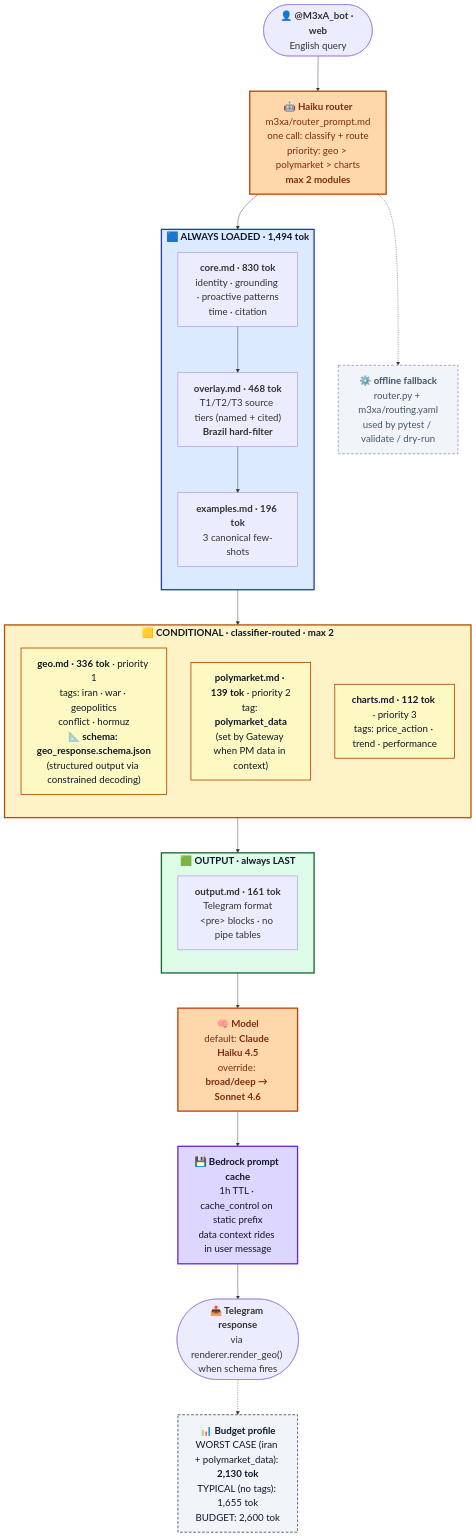
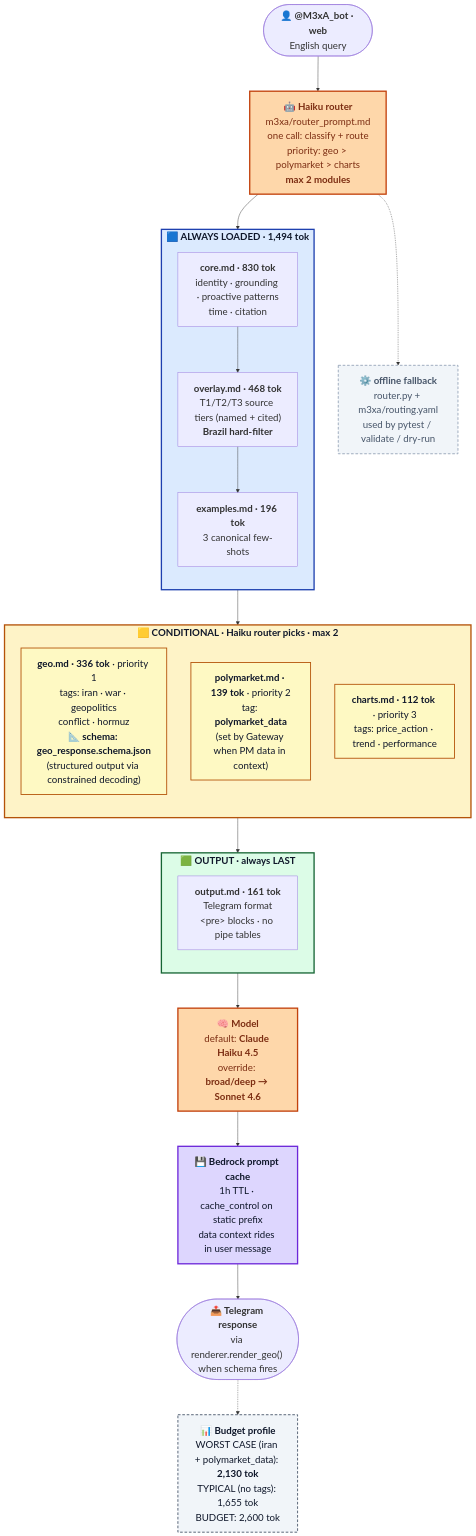
One commit to prcodex/version3- changed the second of 3 diagrams in README.md. Above: the diagram before and after it, drawn with Mermaid. The commit also changed other lines of this file, not shown here.

First line of the commit message:
README: fix stale "classifier-routed" labels post Haiku-router flip

````diff
--- a/README.md
+++ b/README.md
@@ -112,58 +112,58 @@
 ```mermaid
 %%{init: {'theme': 'default', 'themeVariables': {'fontSize': '22px', 'fontFamily': 'Inter, system-ui, -apple-system, sans-serif'}, 'flowchart': {'htmlLabels': true, 'curve': 'basis', 'nodeSpacing': 55, 'rankSpacing': 80, 'padding': 18}}}%%
 flowchart TB
     BOT(["<b>👤 @M3xA_bot · web</b><br/>English query"]) --> RTR["<b>🤖 Haiku router</b><br/>m3xa/router_prompt.md<br/>one call: classify + route<br/>priority: geo &gt; polymarket &gt; charts<br/><b>max 2 modules</b>"]
     RTR -.-> FALL["<b>⚙️ offline fallback</b><br/>router.py + m3xa/routing.yaml<br/>used by pytest / validate / dry-run"]
 
     subgraph ALWAYS["<b>🟦 ALWAYS LOADED · 1,494 tok</b>"]
         direction TB
         A1["<b>core.md · 830 tok</b><br/>identity · grounding · proactive patterns<br/>time · citation"]
         A2["<b>overlay.md · 468 tok</b><br/>T1/T2/T3 source tiers (named + cited)<br/><b>Brazil hard-filter</b>"]
         A3["<b>examples.md · 196 tok</b><br/>3 canonical few-shots"]
         A1 --> A2 --> A3
     end
 
-    subgraph COND["<b>🟨 CONDITIONAL · classifier-routed · max 2</b>"]
+    subgraph COND["<b>🟨 CONDITIONAL · Haiku router picks · max 2</b>"]
         direction TB
         G["<b>geo.md · 336 tok</b> · priority 1<br/>tags: iran · war · geopolitics<br/>conflict · hormuz<br/><b>📐 schema: geo_response.schema.json</b><br/>(structured output via constrained decoding)"]
         P["<b>polymarket.md · 139 tok</b> · priority 2<br/>tag: <b>polymarket_data</b><br/>(set by Gateway when PM data in context)"]
         CH["<b>charts.md · 112 tok</b> · priority 3<br/>tags: price_action · trend · performance"]
     end
 
     subgraph OUTBLK["<b>🟩 OUTPUT · always LAST</b>"]
         direction TB
         OUT["<b>output.md · 161 tok</b><br/>Telegram format<br/>&lt;pre&gt; blocks · no pipe tables"]
     end
 
     RTR --> ALWAYS
     ALWAYS --> COND
     COND --> OUTBLK
     OUTBLK --> MODEL["<b>🧠 Model</b><br/>default: <b>Claude Haiku 4.5</b><br/>override: <b>broad/deep → Sonnet 4.6</b>"]
     MODEL --> CACHE["<b>💾 Bedrock prompt cache</b><br/>1h TTL · cache_control on static prefix<br/>data context rides in user message"]
     CACHE --> GEN(["<b>📤 Telegram response</b><br/>via renderer.render_geo() when schema fires"])
 
     META["<b>📊 Budget profile</b><br/>WORST CASE (iran + polymarket_data): <b>2,130 tok</b><br/>TYPICAL (no tags): 1,655 tok<br/>BUDGET: 2,600 tok"]
     GEN -.-> META
 
     click A1 "https://github.com/prcodex/version3-/blob/main/m3xa/souls/core.md" _blank
     click A2 "https://github.com/prcodex/version3-/blob/main/m3xa/souls/overlay.md" _blank
     click A3 "https://github.com/prcodex/version3-/blob/main/m3xa/souls/examples.md" _blank
     click G "https://github.com/prcodex/version3-/blob/main/m3xa/souls/modules/geo.md" _blank
     click P "https://github.com/prcodex/version3-/blob/main/m3xa/souls/modules/polymarket.md" _blank
     click CH "https://github.com/prcodex/version3-/blob/main/m3xa/souls/modules/charts.md" _blank
     click OUT "https://github.com/prcodex/version3-/blob/main/m3xa/souls/output.md" _blank
     click RTR "https://github.com/prcodex/version3-/blob/main/m3xa/router_prompt.md" _blank
     click FALL "https://github.com/prcodex/version3-/blob/main/m3xa/routing.yaml" _blank
 
     style ALWAYS fill:#dbeafe,stroke:#1e40af,stroke-width:3px,color:#0f172a
     style COND fill:#fef3c7,stroke:#b45309,stroke-width:3px,color:#0f172a
     style OUTBLK fill:#dcfce7,stroke:#166534,stroke-width:3px,color:#0f172a
     style MODEL fill:#fed7aa,stroke:#c2410c,stroke-width:3px,color:#7c2d12
     style CACHE fill:#ddd6fe,stroke:#6d28d9,stroke-width:3px,color:#0f172a
     style META fill:#f1f5f9,stroke:#475569,stroke-width:2px,stroke-dasharray:6 4,color:#0f172a
     style G fill:#fef9c3,stroke:#b45309,stroke-width:2px,color:#0f172a
     style P fill:#fef9c3,stroke:#b45309,stroke-width:2px,color:#0f172a
     style CH fill:#fef9c3,stroke:#b45309,stroke-width:2px,color:#0f172a
     style RTR fill:#fed7aa,stroke:#c2410c,stroke-width:3px,color:#7c2d12
     style FALL fill:#f1f5f9,stroke:#94a3b8,stroke-width:2px,stroke-dasharray:6 4,color:#475569
 ```
````
